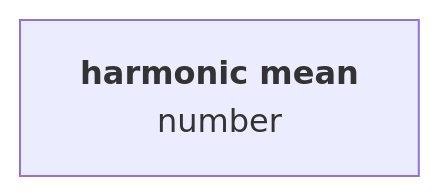
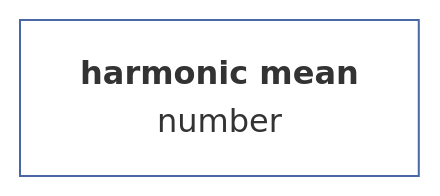
One commit to muzikp/retusa changed the eighth of 23 diagrams in docs/en-GB/vector.md. Above: the diagram before and after it, drawn with Mermaid. The commit also changed other lines of this file and 17 other files, not shown here.

````diff
--- a/docs/en-GB/vector.md
+++ b/docs/en-GB/vector.md
@@ -212,4 +233,7 @@
 ```mermaid
 graph TD
-A[<b>harmonic mean<br></b>number]
+harmean[<b>harmonic mean<br></b>number]
+style harmean fill:#FFFFFF;
+style harmean stroke:#4967A4;
+
 ```
````
